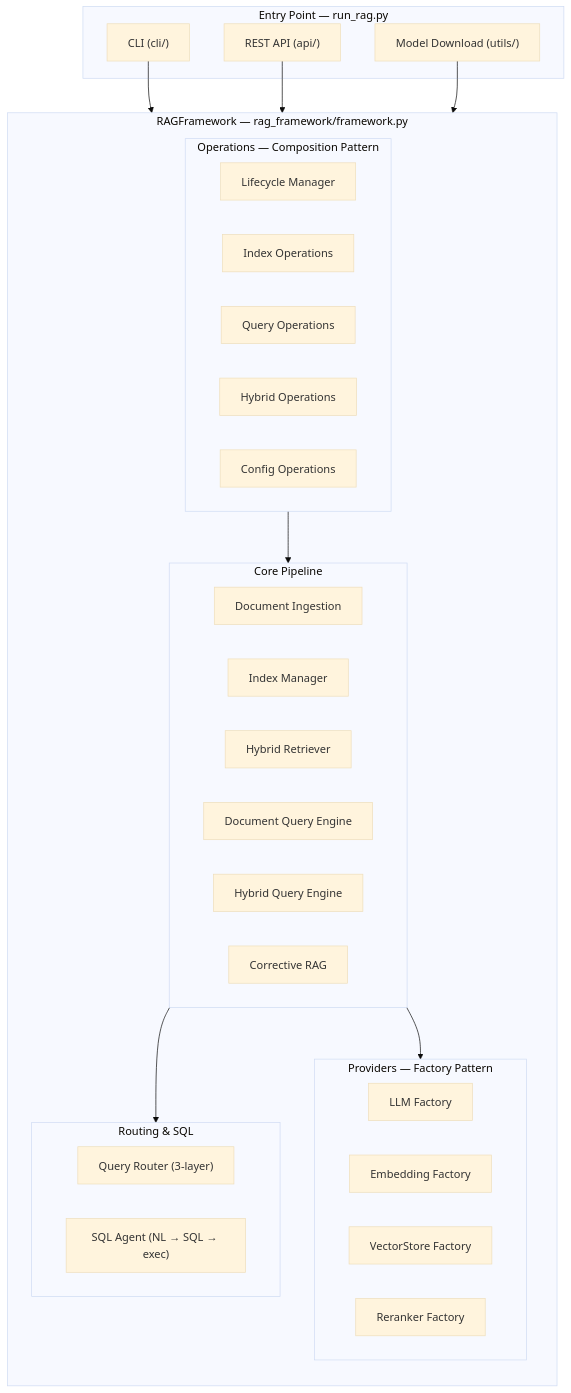
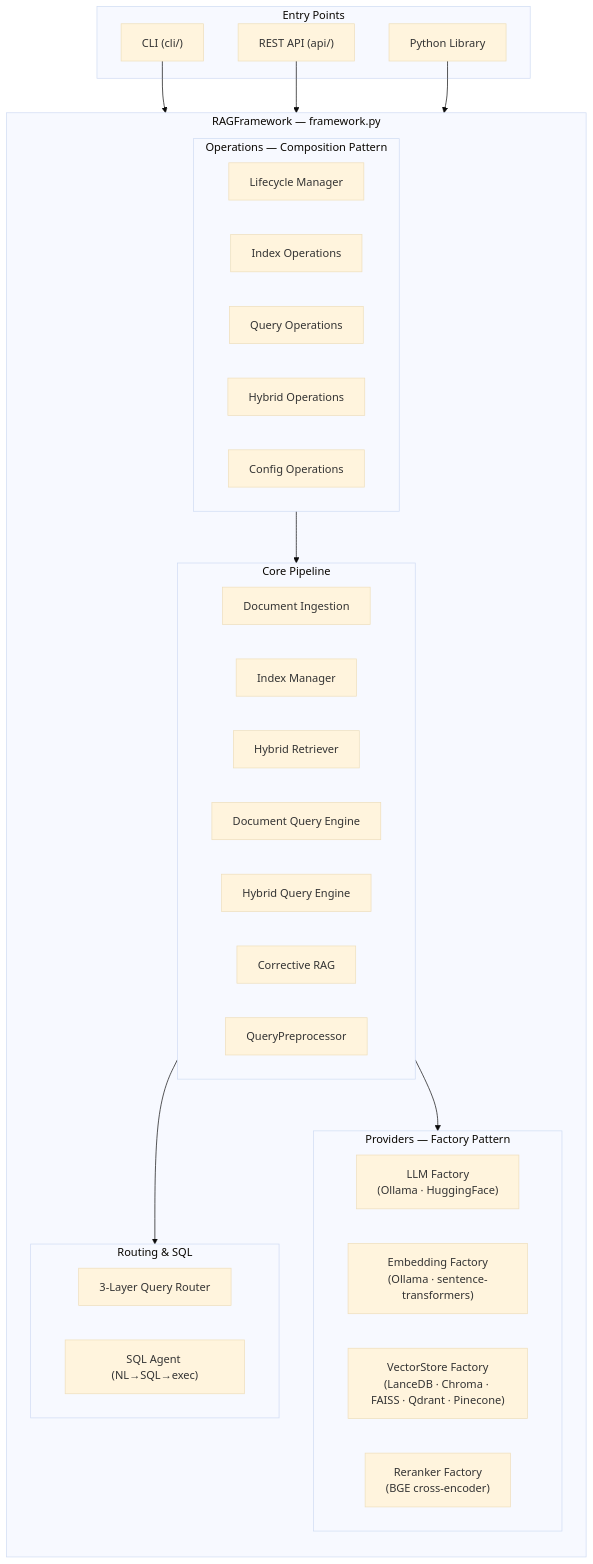
The second of 6 diagrams in README.md (danvazsan2/local-agentic-rag-framework), drawn with Mermaid (base theme) before and after one commit. The commit also changed other lines of this file and 30 other files, not shown here.

````diff
--- a/README.md
+++ b/README.md
@@ -155,49 +276,50 @@
 ```mermaid
 graph TB
-    subgraph Entry["Entry Point — run_rag.py"]
+    subgraph Entry["Entry Points"]
         CLI["CLI (cli/)"]
         API["REST API (api/)"]
-        DL["Model Download (utils/)"]
+        LIB["Python Library"]
     end
 
-    subgraph Framework["RAGFramework — rag_framework/framework.py"]
+    subgraph Framework["RAGFramework — framework.py"]
         direction TB
 
         subgraph Ops["Operations — Composition Pattern"]
             LM["Lifecycle Manager"]
             IO["Index Operations"]
             QO["Query Operations"]
             HO["Hybrid Operations"]
             CO["Config Operations"]
         end
 
         subgraph Core["Core Pipeline"]
             ING["Document Ingestion"]
             IDX["Index Manager"]
             RET["Hybrid Retriever"]
             QE["Document Query Engine"]
             HE["Hybrid Query Engine"]
             CRAG["Corrective RAG"]
+            QP["QueryPreprocessor"]
         end
 
         subgraph Prov["Providers — Factory Pattern"]
-            LLM["LLM Factory"]
-            EMB["Embedding Factory"]
-            VS["VectorStore Factory"]
-            RR["Reranker Factory"]
+            LLM["LLM Factory<br/>(Ollama · HuggingFace)"]
+            EMB["Embedding Factory<br/>(Ollama · sentence-transformers)"]
+            VS["VectorStore Factory<br/>(LanceDB · Chroma · FAISS · Qdrant · Pinecone)"]
+            RR["Reranker Factory<br/>(BGE cross-encoder)"]
         end
 
         subgraph Route["Routing & SQL"]
-            Router["Query Router (3-layer)"]
-            SQL["SQL Agent (NL → SQL → exec)"]
+            Router["3-Layer Query Router"]
+            SQL["SQL Agent (NL→SQL→exec)"]
         end
     end
 
     CLI --> Framework
     API --> Framework
-    DL --> Prov
+    LIB --> Framework
 
     Ops --> Core
     Core --> Prov
     Core --> Route
 ```
````
